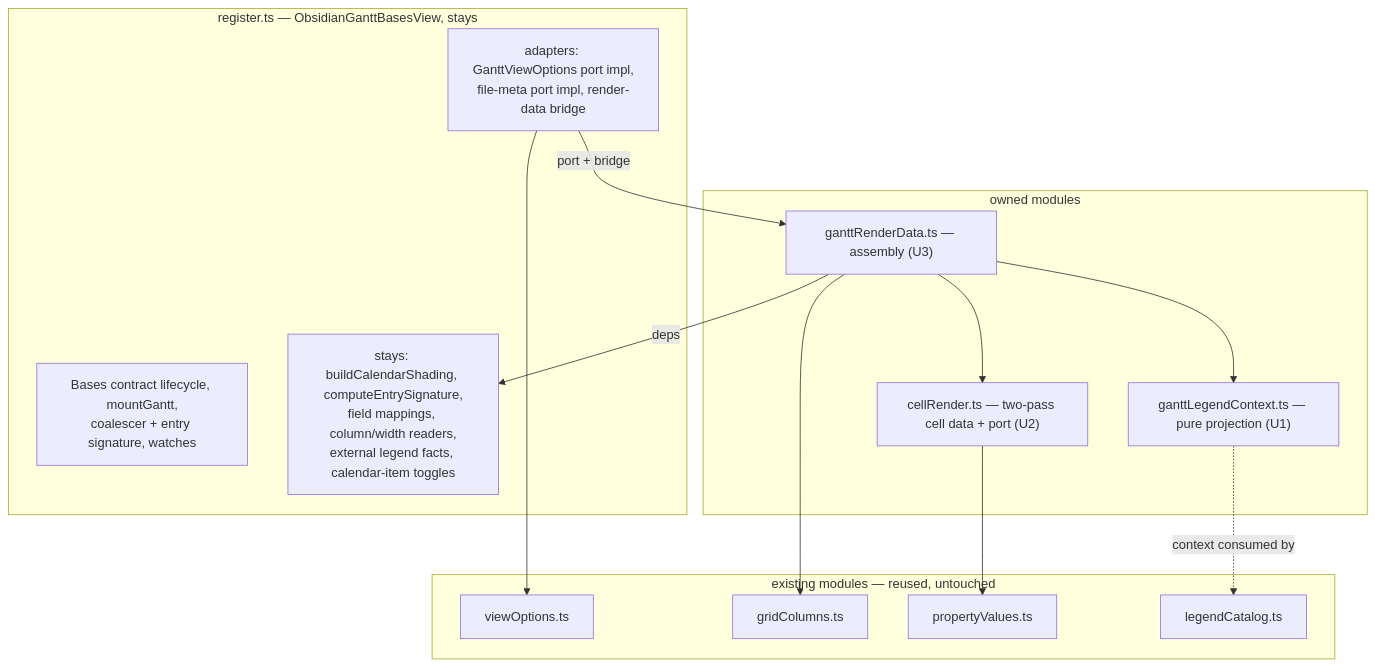
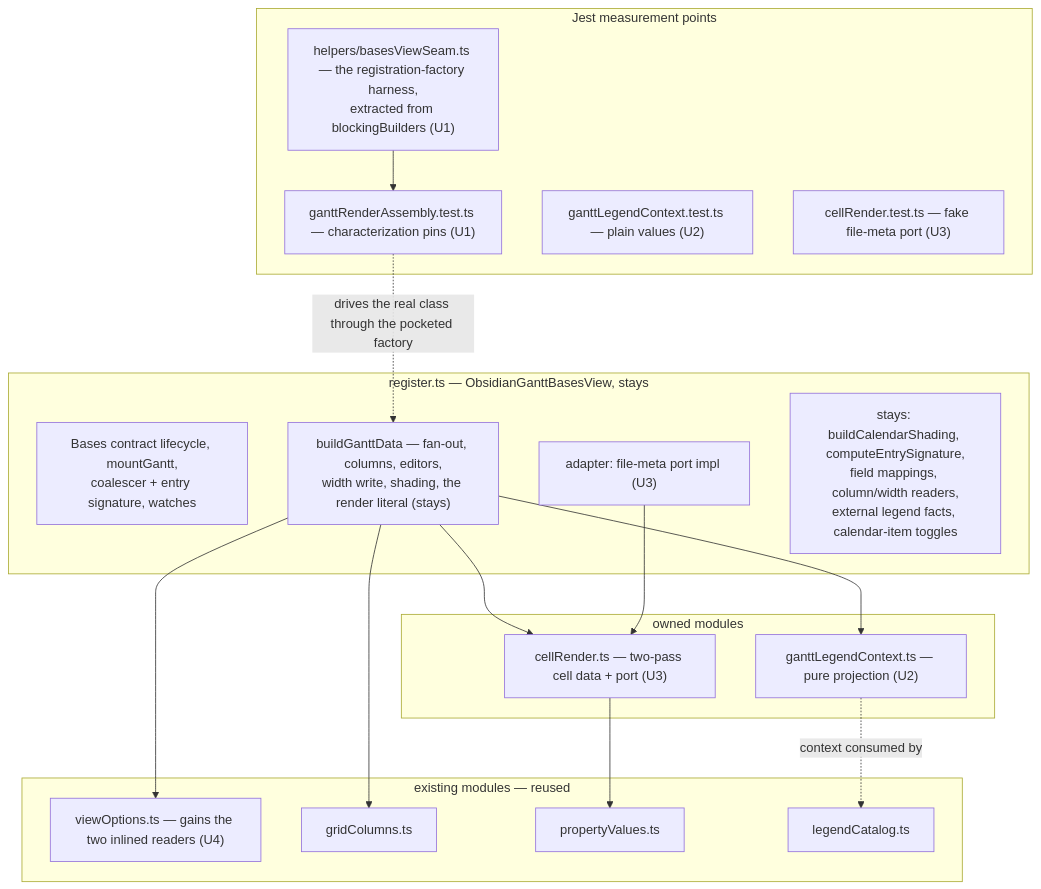
One commit to renatomen/tasknotes-gantt changed the first of 2 diagrams in docs/plans/2026-08-29-001-refactor-register-render-data-extraction-plan.md. Above: the diagram before and after it, drawn with Mermaid. The commit also changed other lines of this file, not shown here.

First line of the commit message:
docs(plans): replan register.ts render-data extraction under the decomposition-balance rules

````diff
--- a/docs/plans/2026-08-29-001-refactor-register-render-data-extraction-plan.md
+++ b/docs/plans/2026-08-29-001-refactor-register-render-data-extraction-plan.md
@@ -135,27 +154,34 @@
 ```mermaid
 flowchart TB
   subgraph host [register.ts — ObsidianGanttBasesView, stays]
     LC["Bases contract lifecycle, mountGantt,\ncoalescer + entry signature, watches"]
-    AD["adapters: GanttViewOptions port impl,\nfile-meta port impl, render-data bridge"]
+    BGD["buildGanttData — fan-out, columns, editors,\nwidth write, shading, the render literal (stays)"]
+    AD["adapter: file-meta port impl (U3)"]
     KEEP["stays: buildCalendarShading, computeEntrySignature,\nfield mappings, column/width readers,\nexternal legend facts, calendar-item toggles"]
   end
   subgraph new [owned modules]
-    LG["ganttLegendContext.ts — pure projection (U1)"]
-    CD["cellRender.ts — two-pass cell data + port (U2)"]
-    RD["ganttRenderData.ts — assembly (U3)"]
+    LG["ganttLegendContext.ts — pure projection (U2)"]
+    CD["cellRender.ts — two-pass cell data + port (U3)"]
   end
-  subgraph reuse [existing modules — reused, untouched]
-    VO["viewOptions.ts"]
+  subgraph reuse [existing modules — reused]
+    VO["viewOptions.ts — gains the two inlined readers (U4)"]
     GC["gridColumns.ts"]
     PV["propertyValues.ts"]
     LCat["legendCatalog.ts"]
   end
-  AD -->|"port + bridge"| RD
-  RD --> LG
-  RD --> CD
-  RD -->|deps| KEEP
-  AD --> VO
+  subgraph tests [Jest measurement points]
+    H["helpers/basesViewSeam.ts — the registration-factory harness,\nextracted from blockingBuilders (U1)"]
+    T0["ganttRenderAssembly.test.ts — characterization pins (U1)"]
+    T1["ganttLegendContext.test.ts — plain values (U2)"]
+    T2["cellRender.test.ts — fake file-meta port (U3)"]
+  end
+  BGD --> LG
+  BGD --> CD
+  AD --> CD
+  BGD --> VO
+  BGD --> GC
   CD --> PV
-  RD --> GC
   LG -.->|"context consumed by"| LCat
+  H --> T0
+  T0 -.->|"drives the real class through the pocketed factory"| BGD
 ```
````
